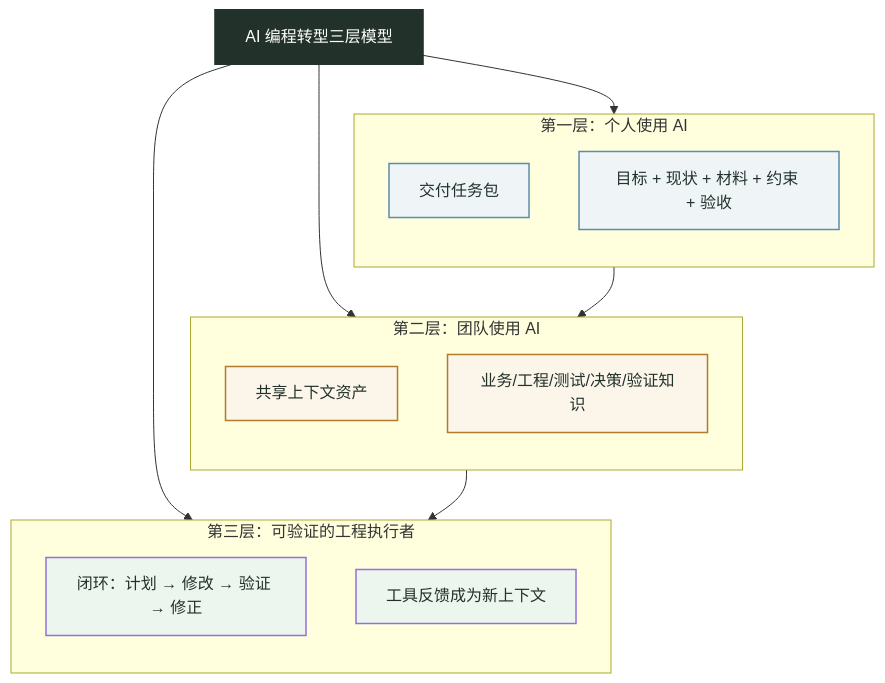
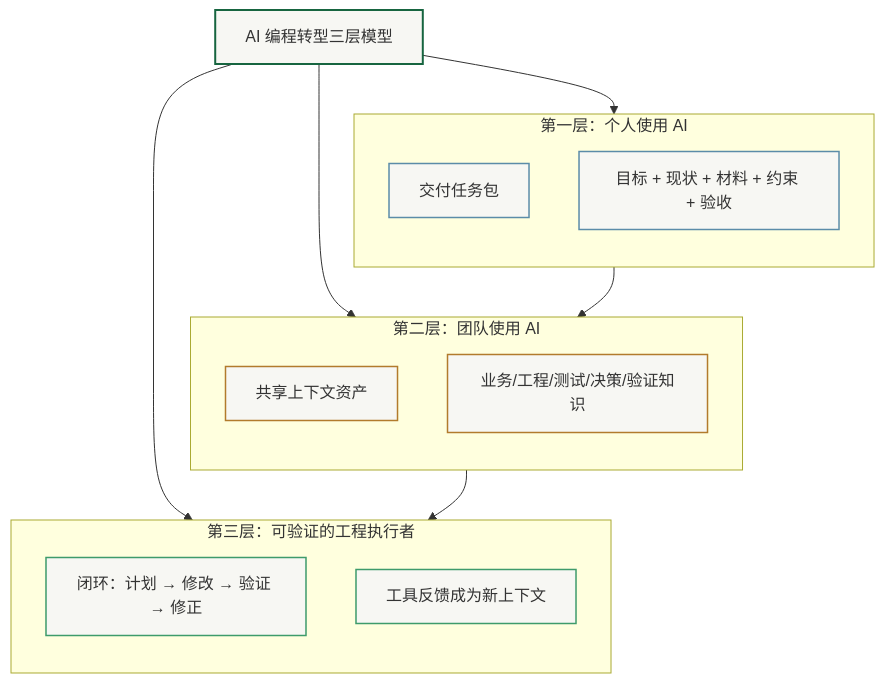
Before and after one commit to Fatejian/frontier-vault: the second of 2 diagrams in docs/ai/understanding-context-in-ai-era.md, drawn with Mermaid. The commit also changed other lines of this file and 65 other files, not shown here.

First line of the commit message:
fix(theme): unify mermaid chart palette and remove solid core fills

````diff
--- a/docs/ai/understanding-context-in-ai-era.md
+++ b/docs/ai/understanding-context-in-ai-era.md
@@ -461,39 +461,39 @@
 ```mermaid
 flowchart TB
     Core["AI 编程转型三层模型"]
 
     subgraph L1["第一层：个人使用 AI"]
         direction TB
         A1["交付任务包"]
         A2["目标 + 现状 + 材料 + 约束 + 验收"]
     end
 
     subgraph L2["第二层：团队使用 AI"]
         direction TB
         B1["共享上下文资产"]
         B2["业务/工程/测试/决策/验证知识"]
     end
 
     subgraph L3["第三层：可验证的工程执行者"]
         direction TB
         C1["闭环：计划 → 修改 → 验证 → 修正"]
         C2["工具反馈成为新上下文"]
     end
 
     Core --> L1
     Core --> L2
     Core --> L3
     L1 --> L2
     L2 --> L3
 
-    classDef core fill:#22322B,color:#fff,stroke:#22322B,stroke-width:2px;
-    classDef wait fill:#EFF5F7,stroke:#5B8CA8,color:#22322B,stroke-width:1.5px;
-    classDef block fill:#FBF5EA,stroke:#B27B2C,color:#22322B,stroke-width:1.5px;
-    classDef work fill:#EDF5EF,color:#3E9B6B,color:#22322B,stroke-width:1.5px;
-    classDef metric fill:#F4EFF8,color:#8E6BA8,color:#22322B,stroke-width:2px;
+    classDef core fill:#F7F7F3,stroke:#176540,stroke-width:2px;
+    classDef wait fill:#F7F7F3,stroke:#5B8CA8,stroke-width:1.5px;
+    classDef block fill:#F7F7F3,stroke:#B27B2C,stroke-width:1.5px;
+    classDef work fill:#F7F7F3,stroke:#3E9B6B,stroke-width:1.5px;
+    classDef metric fill:#F7F7F3,stroke:#8E6BA8,stroke-width:1.5px;
 
     class Core core;
     class A1,A2 wait;
     class B1,B2 block;
     class C1,C2 work;
 ```
````
